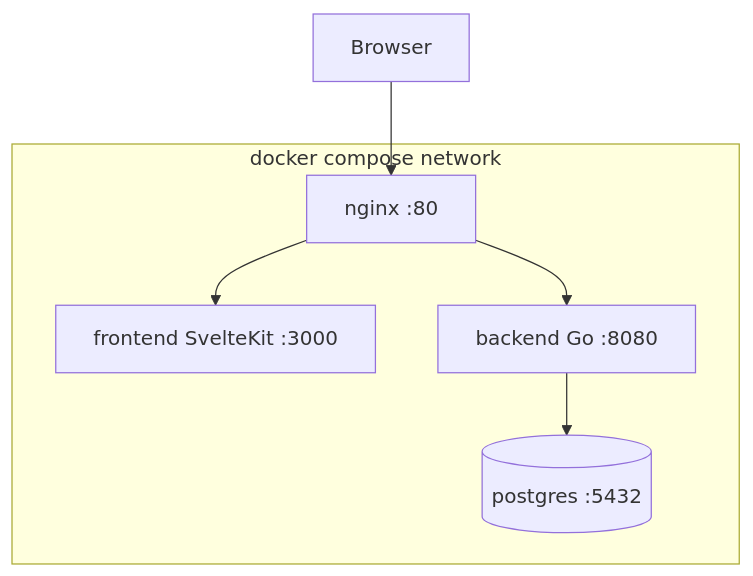
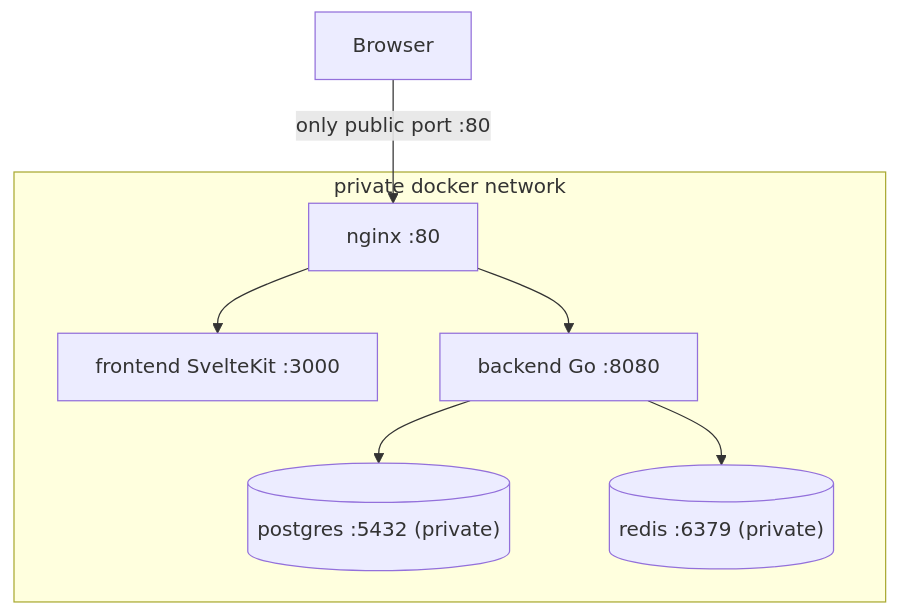
The diagram in docs/docker-architecture.md (abdullahmiraz/live-transcriber), drawn with Mermaid before and after one commit. The commit also changed other lines of this file and 12 other files, not shown here.

````diff
--- a/docs/docker-architecture.md
+++ b/docs/docker-architecture.md
@@ -7,9 +7,10 @@
 ```mermaid
 flowchart TB
-    client[Browser] --> nginx
-    subgraph compose["docker compose network"]
+    client[Browser] -->|"only public port :80"| nginx
+    subgraph compose["private docker network"]
         nginx[nginx :80] --> frontend[frontend SvelteKit :3000]
         nginx --> backend[backend Go :8080]
-        backend --> postgres[(postgres :5432)]
+        backend --> postgres[("postgres :5432 (private)")]
+        backend --> redis[("redis :6379 (private)")]
     end
 ```
````
